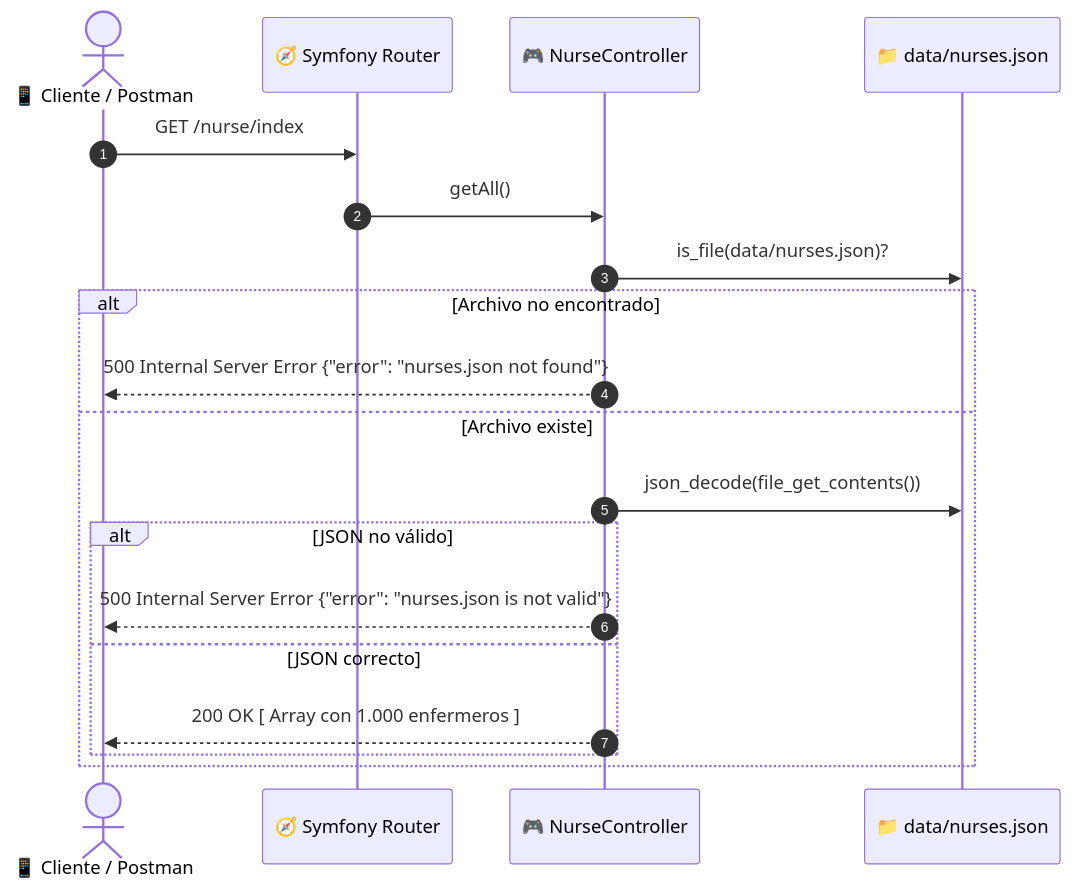
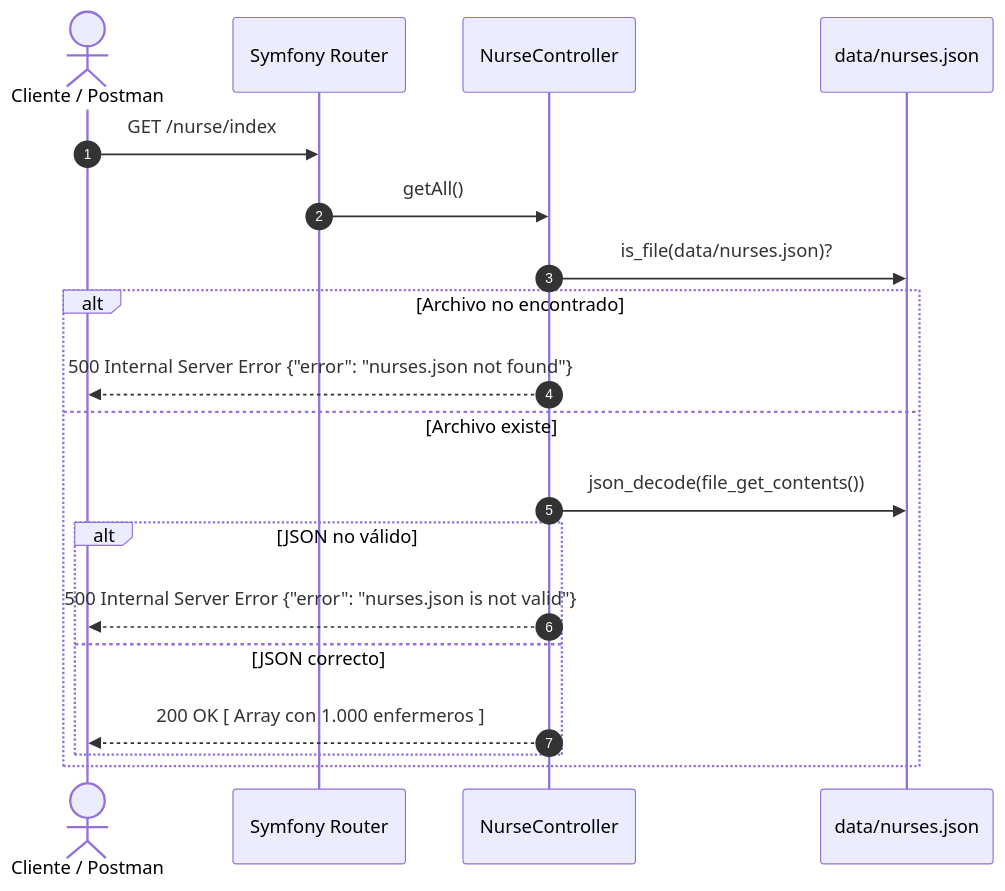
The fourth of 7 diagrams in data/readmes/Ignaciobrenas__Nurse-Simulator.md (zqf20096327/dbhub_collect), drawn with Mermaid before and after one commit. The commit also changed other lines of this file and 910 other files, not shown here.

````diff
--- a/data/readmes/Ignaciobrenas__Nurse-Simulator.md
+++ b/data/readmes/Ignaciobrenas__Nurse-Simulator.md
@@ -164,22 +180,22 @@
 ```mermaid
 sequenceDiagram
     autonumber
-    actor Cliente as 📱 Cliente / Postman
-    participant Router as 🧭 Symfony Router
-    participant Ctrl as 🎮 NurseController
-    participant FS as 📁 data/nurses.json
+    actor Cliente as Cliente / Postman
+    participant Router as Symfony Router
+    participant Ctrl as NurseController
+    participant FS as data/nurses.json
 
     Cliente->>Router: GET /nurse/index
     Router->>Ctrl: getAll()
     Ctrl->>FS: is_file(data/nurses.json)?
     alt Archivo no encontrado
         Ctrl-->>Cliente: 500 Internal Server Error {"error": "nurses.json not found"}
     else Archivo existe
         Ctrl->>FS: json_decode(file_get_contents())
         alt JSON no válido
             Ctrl-->>Cliente: 500 Internal Server Error {"error": "nurses.json is not valid"}
         else JSON correcto
             Ctrl-->>Cliente: 200 OK [ Array con 1.000 enfermeros ]
         end
     end
 ```
````
